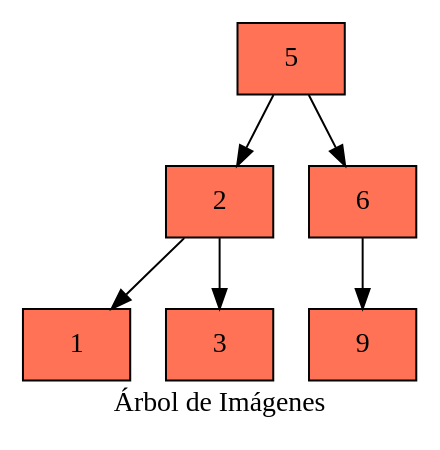
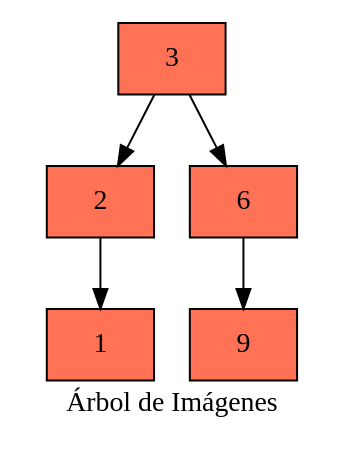
One commit to LuisaMariaO/EDD_UDRAWING_FASE_202003381 changed the diagram in Fase 2/Reportes de Usuario/4999062130101/ArbolImagenes.dot. Above: the diagram before and after it, drawn with Graphviz. The commit also changed 33 other files, not shown here.

```diff
--- a/Fase 2/Reportes de Usuario/4999062130101/ArbolImagenes.dot
+++ b/Fase 2/Reportes de Usuario/4999062130101/ArbolImagenes.dot
@@ -1,14 +1,12 @@
 digraph G {
 node[ style=filled, fillcolor=coral1, shape=box];
-label="Árbol de Imágenes"Nodo364453850[label="5"]
-Nodo787177019[label="2"]
-Nodo205143308[label="1"]
-Nodo1361100605[label="3"]
-Nodo564859704[label="6"]
-Nodo1970396512[label="9"]
-Nodo364453850->Nodo564859704
-Nodo364453850->Nodo787177019
-Nodo787177019->Nodo1361100605
-Nodo787177019->Nodo205143308
-Nodo564859704->Nodo1970396512
+label="Árbol de Imágenes"Nodo345021931[label="3"]
+Nodo653858211[label="2"]
+Nodo1871043713[label="1"]
+Nodo1941179562[label="6"]
+Nodo1649249836[label="9"]
+Nodo345021931->Nodo1941179562
+Nodo345021931->Nodo653858211
+Nodo653858211->Nodo1871043713
+Nodo1941179562->Nodo1649249836
 }
```
